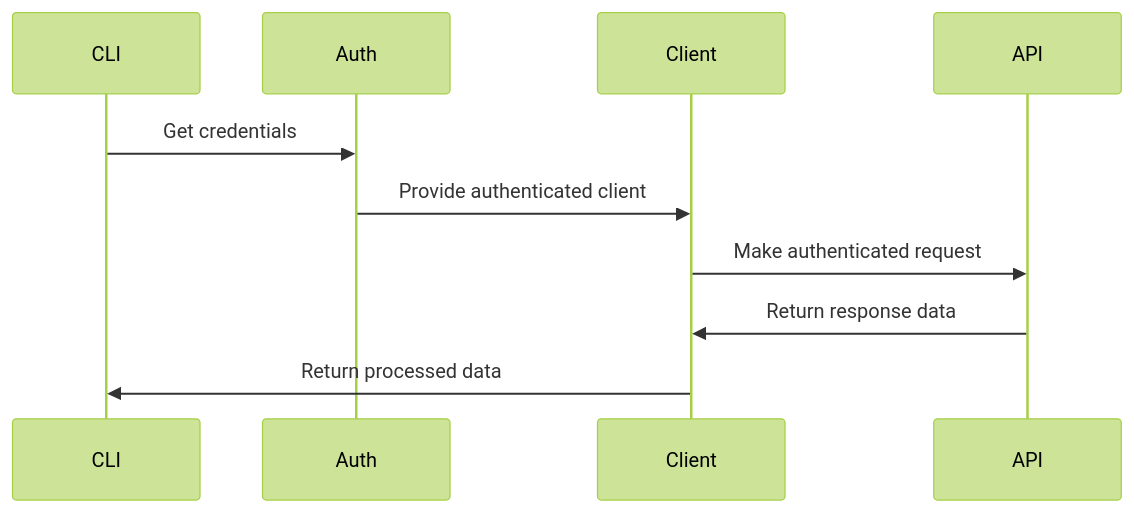
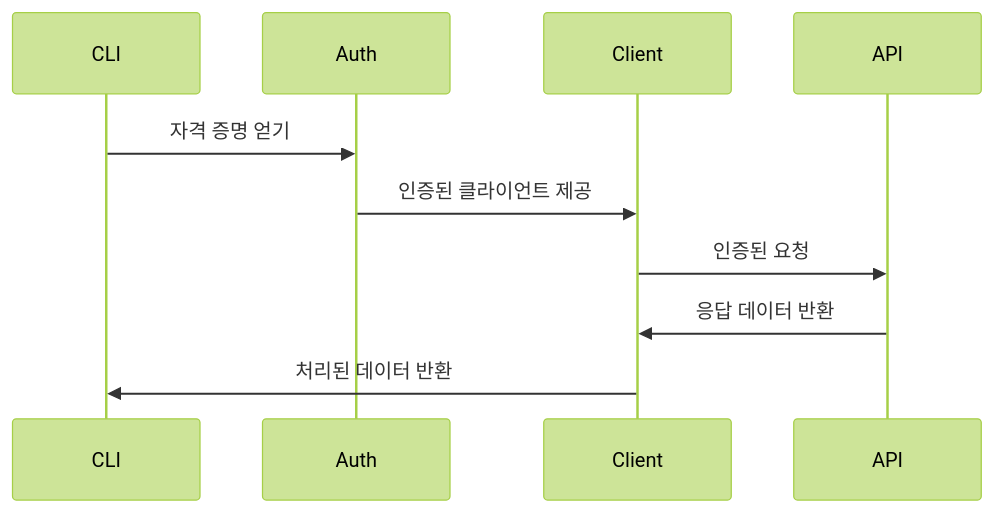
Before and after one commit to gyuha/investment-open-source-analysis: the second of 4 diagrams in report/cluefin/report-claude-code-glm.md, drawn with Mermaid (forest theme). The commit also changed other lines of this file and 9 other files, not shown here.

````diff
--- a/report/cluefin/report-claude-code-glm.md
+++ b/report/cluefin/report-claude-code-glm.md
@@ -260,13 +260,13 @@
 ```mermaid
 sequenceDiagram
     participant CLI
     participant Auth
     participant Client
     participant API
 
-    CLI->>Auth: Get credentials
-    Auth->>Client: Provide authenticated client
-    Client->>API: Make authenticated request
-    API->>Client: Return response data
-    Client->>CLI: Return processed data
+    CLI->>Auth: 자격 증명 얻기
+    Auth->>Client: 인증된 클라이언트 제공
+    Client->>API: 인증된 요청
+    API->>Client: 응답 데이터 반환
+    Client->>CLI: 처리된 데이터 반환
 ```
````
